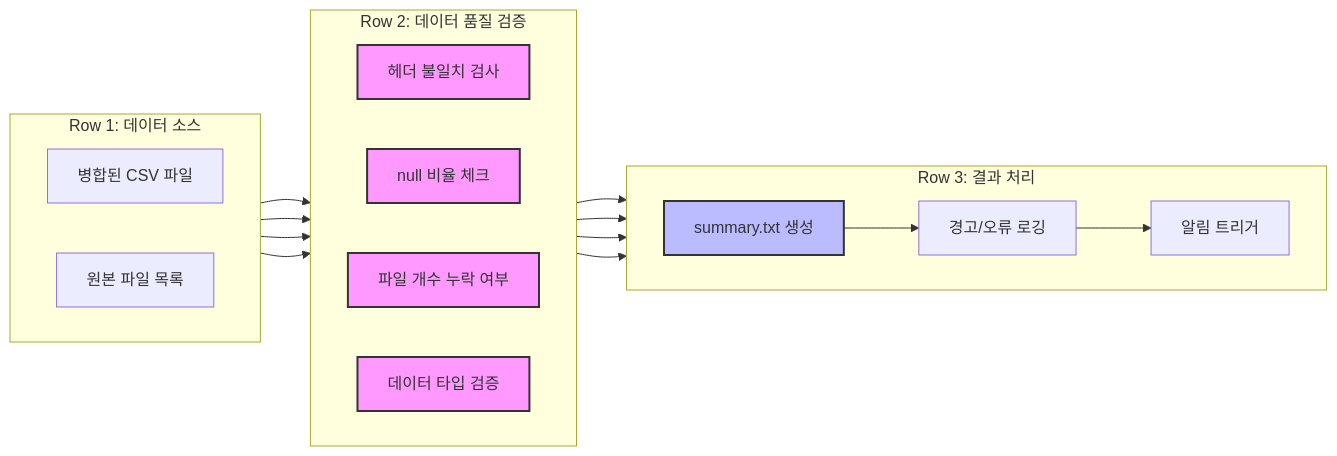
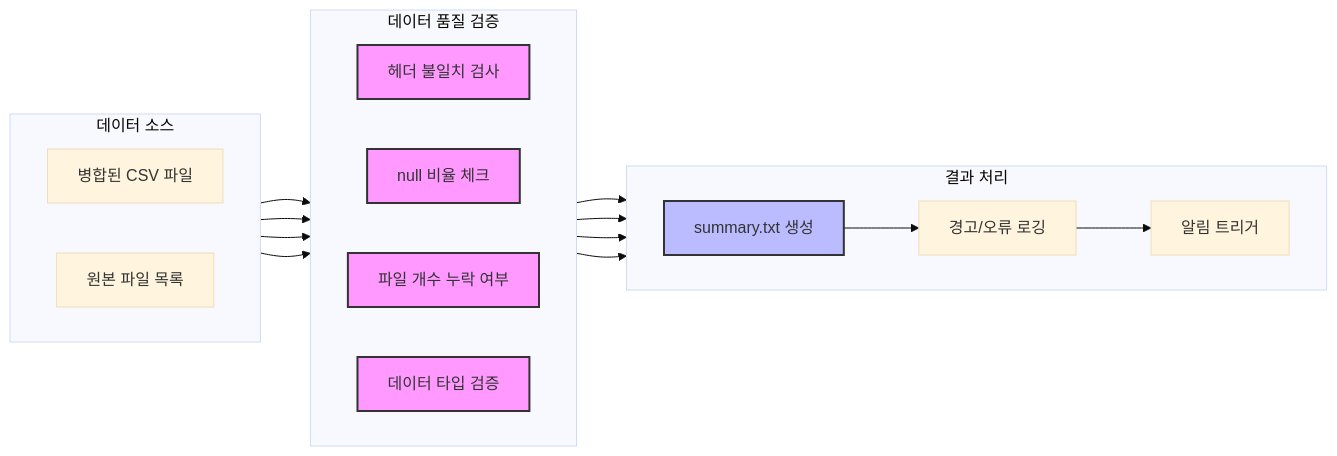
Before and after one commit to yeokyeong-yoon/yeokyeong-yoon.github.io: the tenth of 11 diagrams in _posts/2025-03-18-etl-pipeline.md, drawn with Mermaid. The commit also changed other lines of this file, not shown here.

Commit message:
docs: Improve Mermaid diagram readability with larger font size and clearer labels

````diff
--- a/_posts/2025-03-18-etl-pipeline.md
+++ b/_posts/2025-03-18-etl-pipeline.md
@@ -570,41 +579,42 @@
 ```mermaid
+%%{init: {'theme': 'base', 'themeVariables': { 'fontSize': '16px'}}}%%
 graph LR
-    subgraph "Row 1: 데이터 소스"
+    subgraph "데이터 소스"
         direction LR
         S1[병합된 CSV 파일]
         S2[원본 파일 목록]
     end
     
-    subgraph "Row 2: 데이터 품질 검증"
+    subgraph "데이터 품질 검증"
         direction LR
         V1[헤더 불일치 검사]
         V2[null 비율 체크]
         V3[파일 개수 누락 여부]
         V4[데이터 타입 검증]
     end
     
-    subgraph "Row 3: 결과 처리"
+    subgraph "결과 처리"
         direction LR
         R1[summary.txt 생성]
         R2[경고/오류 로깅]
         R3[알림 트리거]
     end
     
     S1 --> V1
     S1 --> V2
     S1 --> V4
     S2 --> V3
     
     V1 --> R1
     V2 --> R1
     V3 --> R1
     V4 --> R1
     
     R1 --> R2 --> R3
     
     style V1 fill:#f9f,stroke:#333,stroke-width:2px
     style V2 fill:#f9f,stroke:#333,stroke-width:2px
     style V3 fill:#f9f,stroke:#333,stroke-width:2px
     style V4 fill:#f9f,stroke:#333,stroke-width:2px
     style R1 fill:#bbf,stroke:#333,stroke-width:2px
 ```
````
